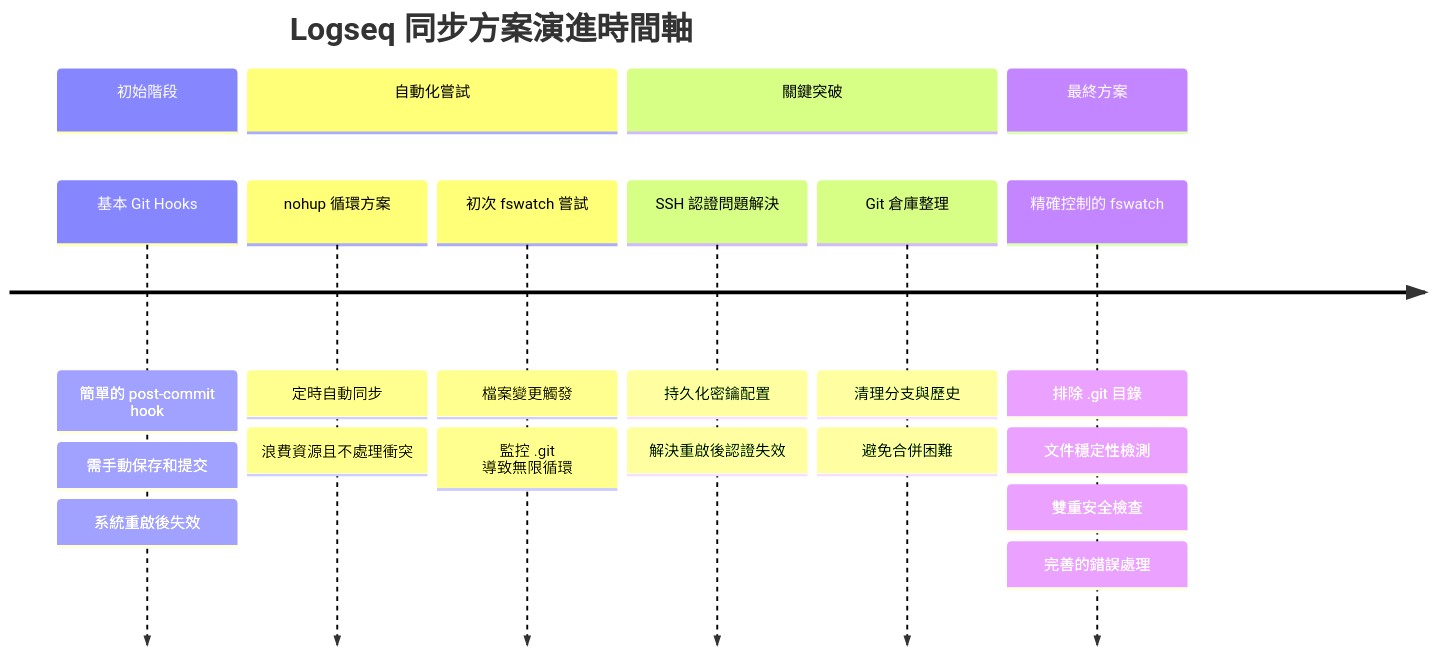
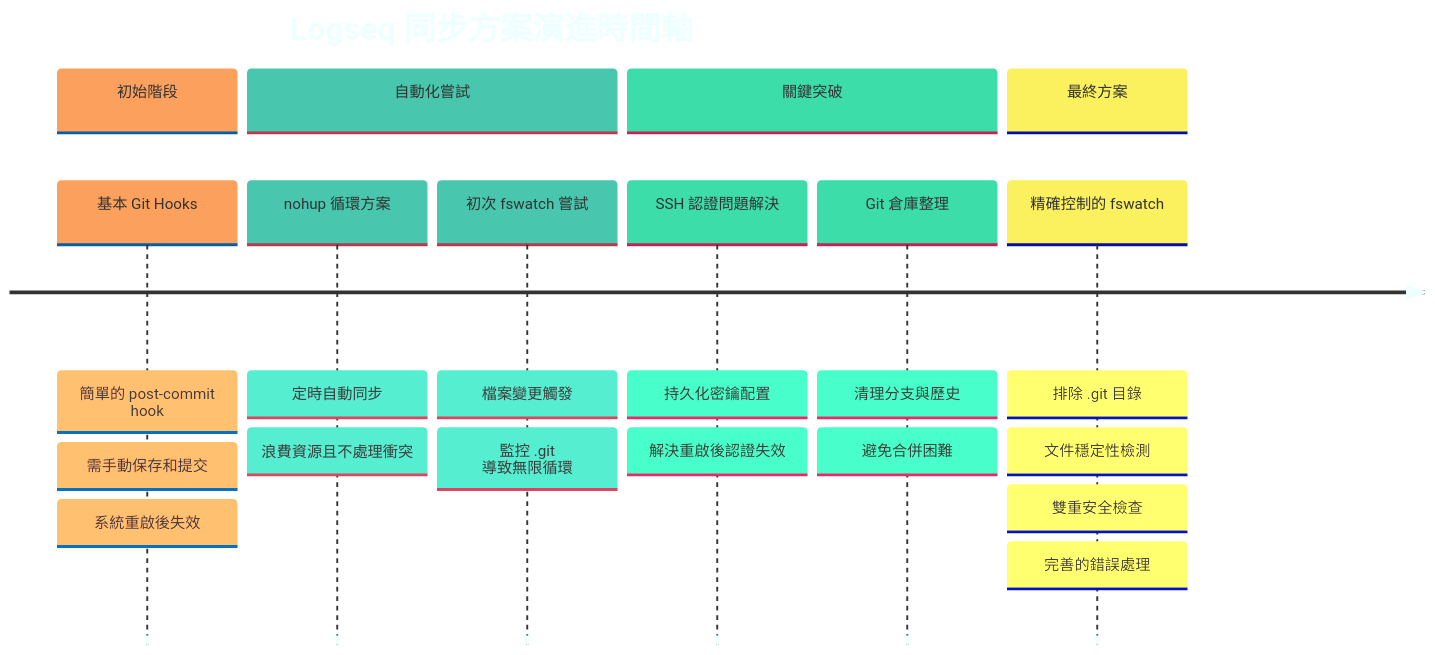
The first of 2 diagrams in Logseq同步方案演進記錄.md (GengGeng026/Sync-Logseq), drawn with Mermaid before and after one commit.

Commit message:
Auto-sync: Wed Mar 26 09:51:08 +08 2025

````diff
--- a/Logseq同步方案演進記錄.md
+++ b/Logseq同步方案演進記錄.md
@@ -24,41 +24,41 @@
 ```mermaid
 %%{init: {
   'theme': 'base', 
   'themeVariables': {
     'primaryColor': '#FEE9D9',
     'secondaryColor': '#A9E4D9',
     'tertiaryColor': '#A9F0D9',
     'quaternaryColor': '#A9FAD9',
     'lineColor': '#A9D9D9',
     'primaryBorderColor': '#A9D9D9',
     'background': 'transparent',
     'textColor': '#EEFFFF',
     'nodeBorder': 'darkgrey',
     'clusterBkg': 'transparent',
     'titleColor': '#EEFFFF',
     'fontFamily': 'Source Code Pro',
-    'T
+    'titleFontFamily': 'Source Code Pro'
   }
 }}%%
 timeline
     title Logseq 同步方案演進時間軸
     section 初始階段
         基本 Git Hooks : 簡單的 post-commit hook
         : 需手動保存和提交
         : 系統重啟後失效
     section 自動化嘗試
         nohup 循環方案 : 定時自動同步
         : 浪費資源且不處理衝突
         初次 fswatch 嘗試 : 檔案變更觸發
         : 監控 .git 導致無限循環
     section 關鍵突破
         SSH 認證問題解決 : 持久化密鑰配置
         : 解決重啟後認證失效
         Git 倉庫整理 : 清理分支與歷史
         : 避免合併困難
     section 最終方案
         精確控制的 fswatch : 排除 .git 目錄
         : 文件穩定性檢測
         : 雙重安全檢查
         : 完善的錯誤處理
 ```
````
